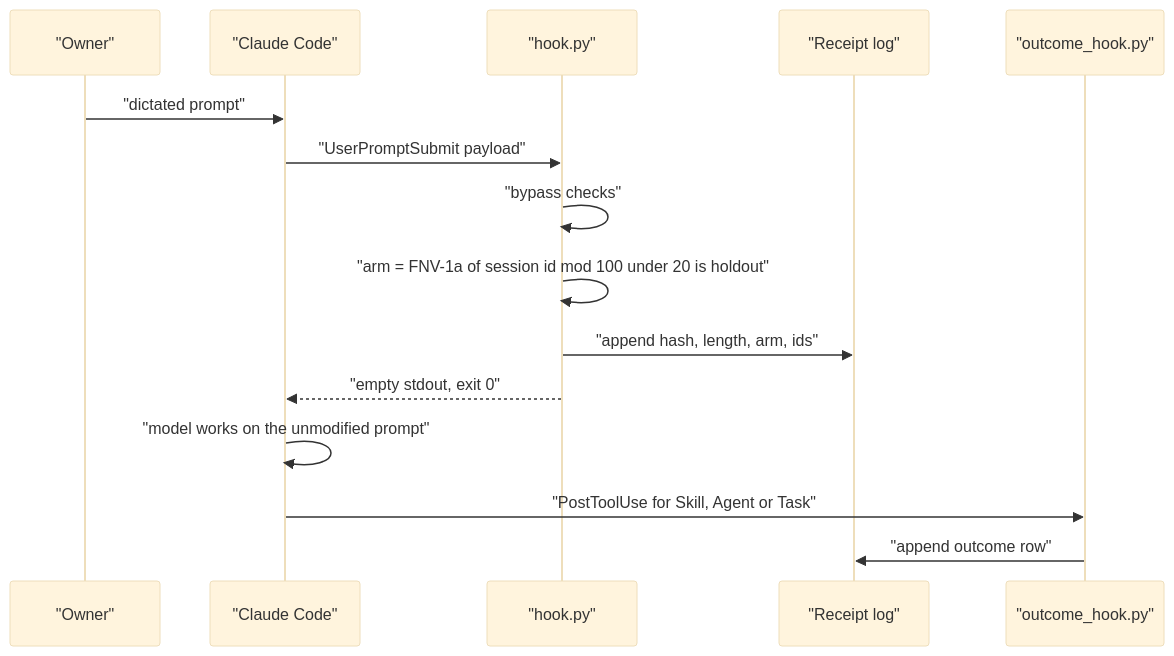
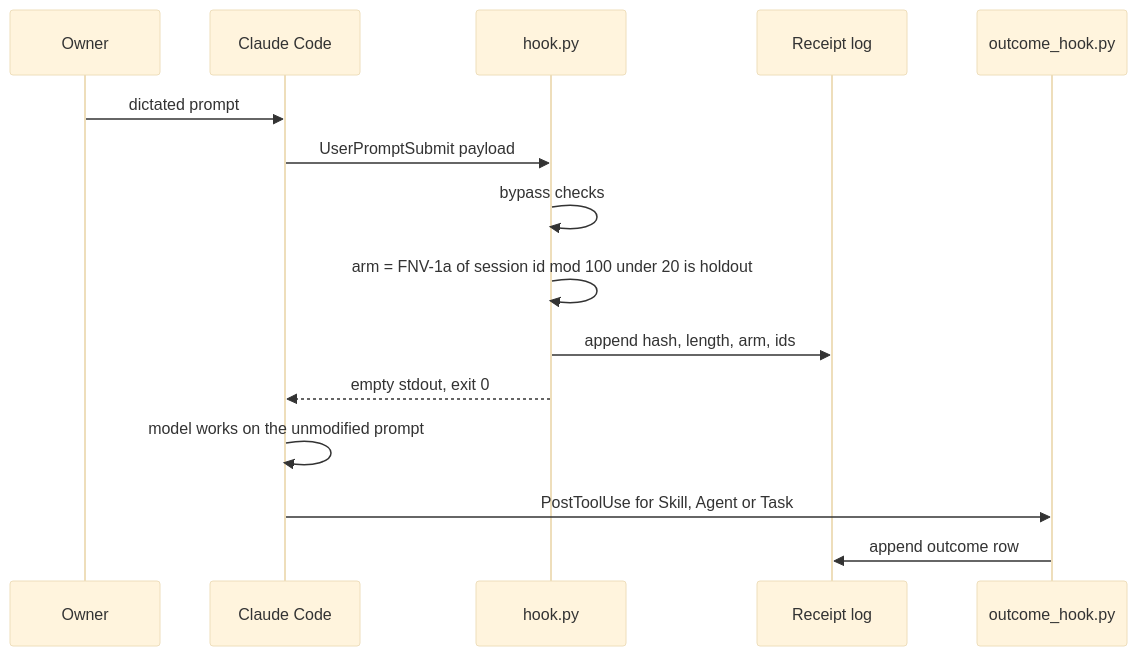
One commit to brusnyak/agent-router changed the second of 5 diagrams in docs/ARCHITECTURE.md. Above: the diagram before and after it, drawn with Mermaid (base theme).

Commit message:
architecture: drop literal quotes from the sequence diagram labels

````diff
--- a/docs/ARCHITECTURE.md
+++ b/docs/ARCHITECTURE.md
@@ -30,17 +30,17 @@
 ```mermaid
 sequenceDiagram
-    participant U as "Owner"
-    participant C as "Claude Code"
-    participant H as "hook.py"
-    participant L as "Receipt log"
-    participant O as "outcome_hook.py"
-    U->>C: "dictated prompt"
-    C->>H: "UserPromptSubmit payload"
-    H->>H: "bypass checks"
-    H->>H: "arm = FNV-1a of session id mod 100 under 20 is holdout"
-    H->>L: "append hash, length, arm, ids"
-    H-->>C: "empty stdout, exit 0"
-    C->>C: "model works on the unmodified prompt"
-    C->>O: "PostToolUse for Skill, Agent or Task"
-    O->>L: "append outcome row"
+    participant U as Owner
+    participant C as Claude Code
+    participant H as hook.py
+    participant L as Receipt log
+    participant O as outcome_hook.py
+    U->>C: dictated prompt
+    C->>H: UserPromptSubmit payload
+    H->>H: bypass checks
+    H->>H: arm = FNV-1a of session id mod 100 under 20 is holdout
+    H->>L: append hash, length, arm, ids
+    H-->>C: empty stdout, exit 0
+    C->>C: model works on the unmodified prompt
+    C->>O: PostToolUse for Skill, Agent or Task
+    O->>L: append outcome row
 ```
````
